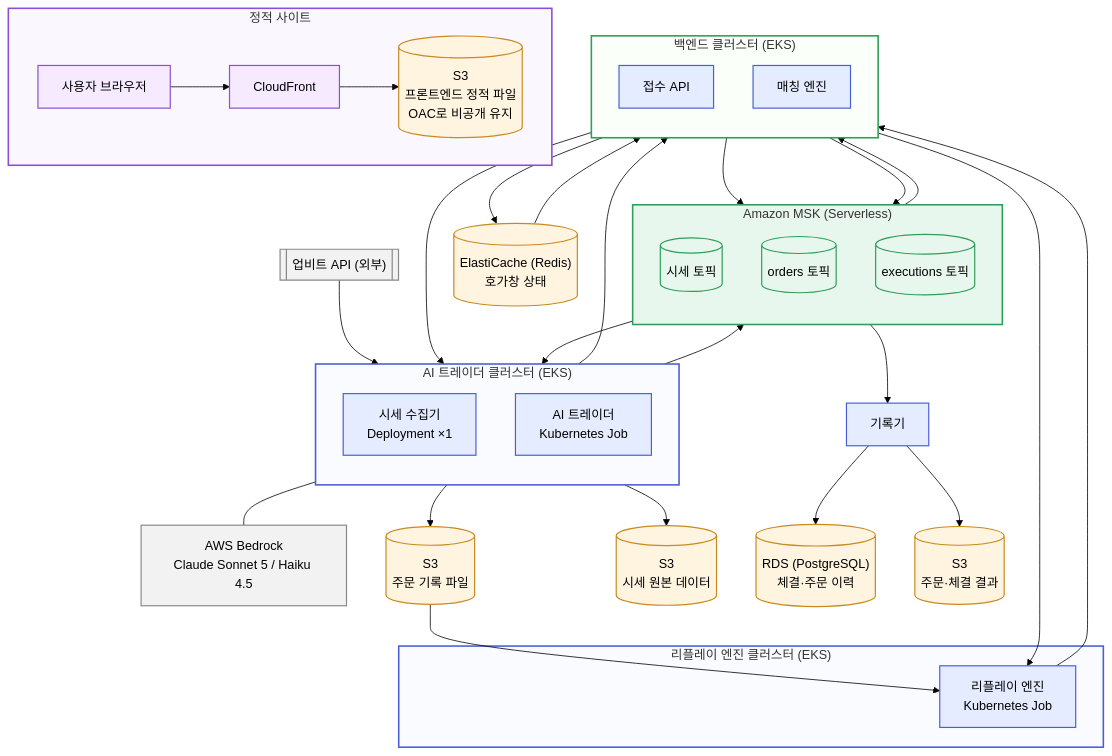
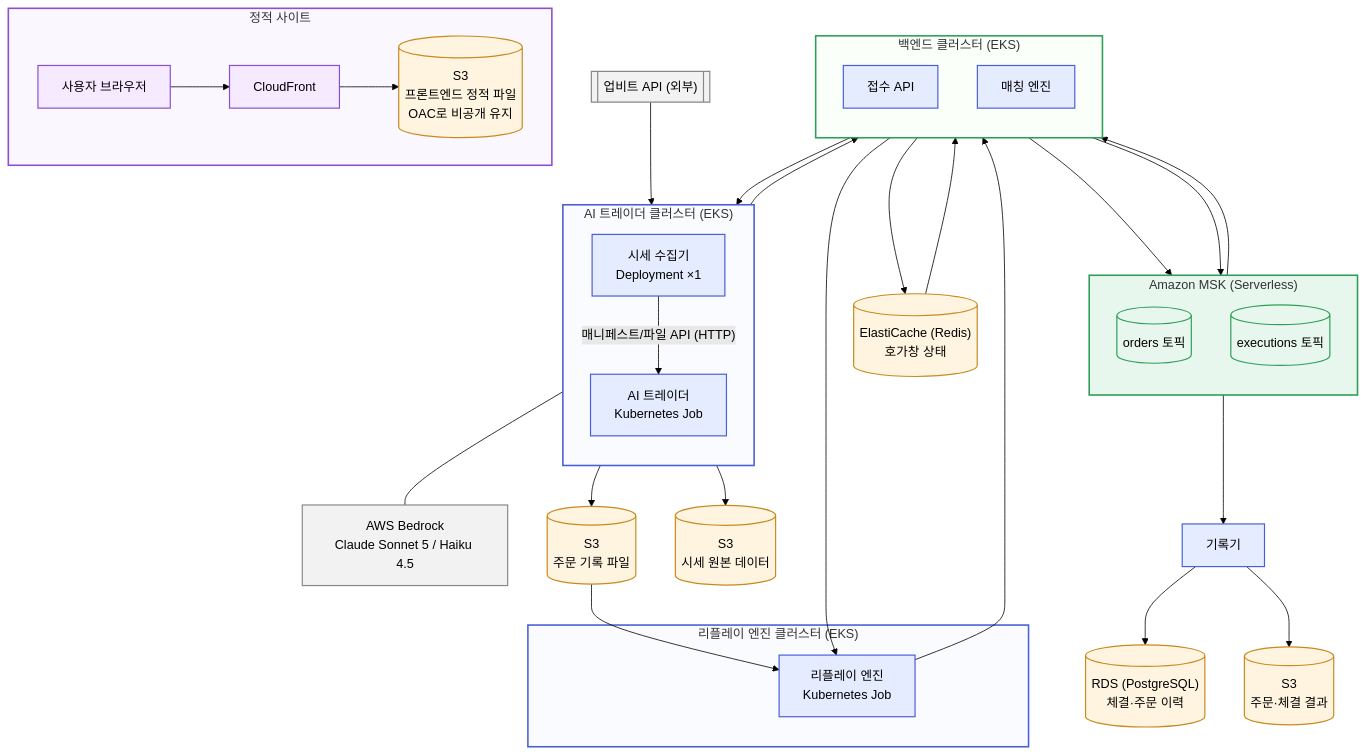
Before and after one commit to KimDJ7105/Project-final-1team: the diagram in docs/architecture.md, drawn with Mermaid (forest theme). The commit also changed other lines of this file and 3 other files, not shown here.

````diff
--- a/docs/architecture.md
+++ b/docs/architecture.md
@@ -18,78 +19,77 @@
 ```mermaid
 flowchart TB
     UPBIT[["업비트 API (외부)"]]
 
     subgraph AICLUSTER["AI 트레이더 클러스터 (EKS)"]
         direction TB
         COLLECTOR["시세 수집기<br/>Deployment ×1"]
         AITRADER["AI 트레이더<br/>Kubernetes Job"]
     end
 
     subgraph MSK["Amazon MSK (Serverless)"]
         direction TB
-        KAFKA_MKT[("시세 토픽")]
         KAFKA_ORD[("orders 토픽")]
         KAFKA_EXEC[("executions 토픽")]
     end
 
     BEDROCK["AWS Bedrock<br/>Claude Sonnet 5 / Haiku 4.5"]
     S3ORD[("S3<br/>주문 기록 파일")]
     S3RAW[("S3<br/>시세 원본 데이터")]
 
     subgraph REPLAYCLUSTER["리플레이 엔진 클러스터 (EKS)"]
         REPLAY["리플레이 엔진<br/>Kubernetes Job"]
     end
 
     subgraph BACKEND["백엔드 클러스터 (EKS)"]
         direction TB
         API["접수 API"]
         MATCH["매칭 엔진"]
     end
 
     RECORDER["기록기"]
 
     RDS[("RDS (PostgreSQL)<br/>체결·주문 이력")]
     REDIS[("ElastiCache (Redis)<br/>호가창 상태")]
     S3RES[("S3<br/>주문·체결 결과")]
 
-    UPBIT --> COLLECTOR --> KAFKA_MKT
+    UPBIT --> COLLECTOR
+    COLLECTOR -->|"매니페스트/파일 API (HTTP)"| AITRADER
     COLLECTOR --> S3RAW
-    KAFKA_MKT --> AITRADER
     AITRADER --- BEDROCK
     AITRADER --> S3ORD --> REPLAY
 
     AITRADER --> API
     REPLAY --> API
     API --> AITRADER
     API --> REPLAY
 
     API --> KAFKA_ORD --> MATCH
     MATCH --> REDIS
     REDIS --> API
     MATCH --> KAFKA_EXEC --> RECORDER
     RECORDER --> RDS
     RECORDER --> S3RES
 
     subgraph EDGE["정적 사이트"]
         direction LR
         USER["사용자 브라우저"] --> CLOUDFRONT["CloudFront"] --> FE[("S3<br/>프론트엔드 정적 파일<br/>OAC로 비공개 유지")]
     end
 
     classDef compute fill:#e6ecff,stroke:#4a5fd6,stroke-width:1.5px
     classDef storage fill:#fff4e0,stroke:#c98a1f,stroke-width:1.5px
     classDef stream fill:#e8f7ee,stroke:#2f9e58,stroke-width:1.5px
     classDef external fill:#f2f2f2,stroke:#888888,stroke-width:1.5px
     classDef edge fill:#f5eaff,stroke:#8a4fd6,stroke-width:1.5px
 
     class COLLECTOR,AITRADER,REPLAY,API,MATCH,RECORDER compute
     class FE,S3RAW,S3ORD,S3RES,RDS,REDIS storage
-    class KAFKA_MKT,KAFKA_ORD,KAFKA_EXEC stream
+    class KAFKA_ORD,KAFKA_EXEC stream
     class UPBIT,BEDROCK external
     class USER,CLOUDFRONT edge
 
     style AICLUSTER fill:#fafbff,stroke:#4a5fd6,stroke-width:2px
     style REPLAYCLUSTER fill:#fafbff,stroke:#4a5fd6,stroke-width:2px
     style BACKEND fill:#fafffa,stroke:#2f9e58,stroke-width:2px
     style MSK fill:#e8f7ee,stroke:#2f9e58,stroke-width:2px
     style EDGE fill:#faf7ff,stroke:#8a4fd6,stroke-width:2px
 ```
````
